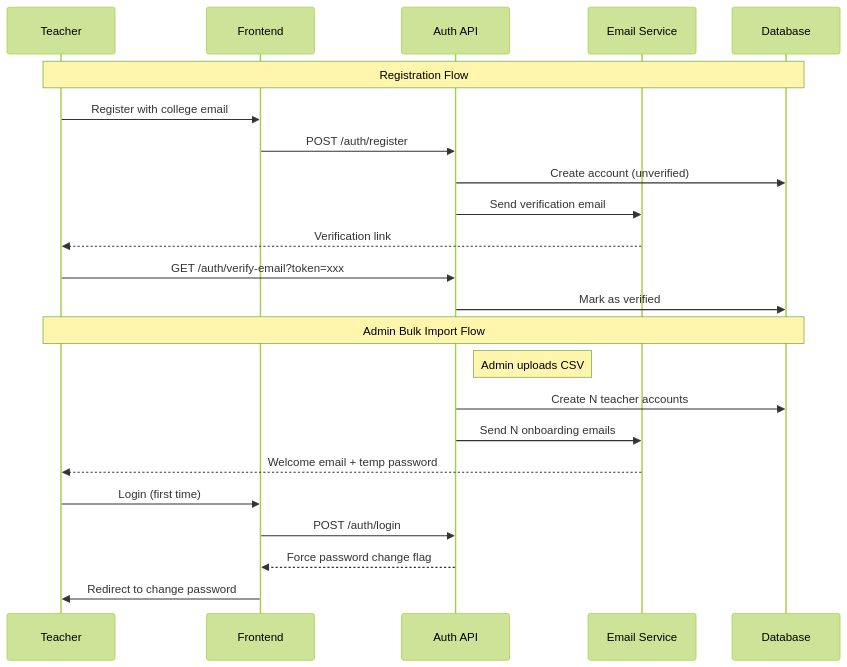
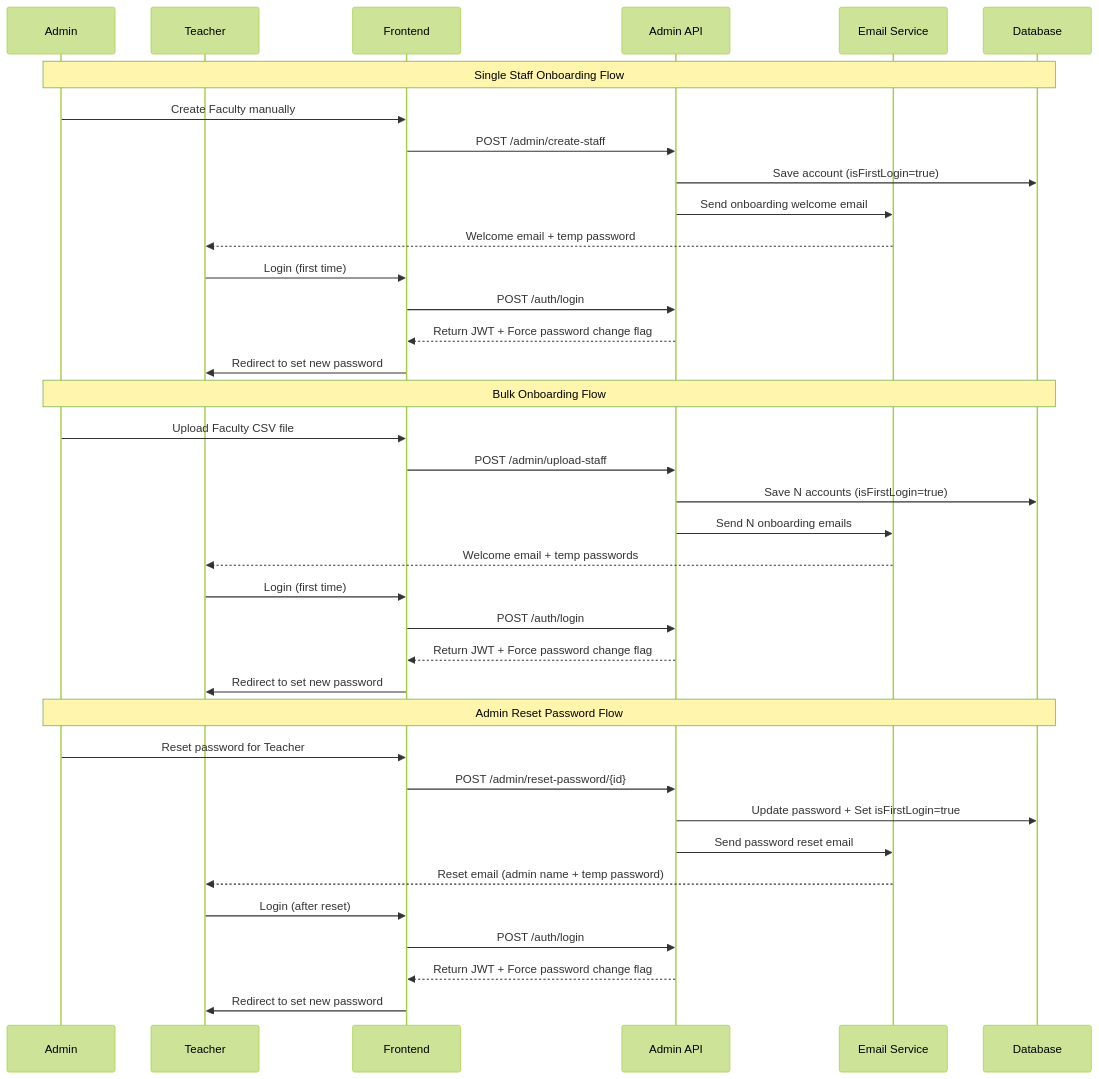
Before and after one commit to abhijeet-rane/SamaySetu: the fifth of 5 diagrams in README.md, drawn with Mermaid (forest theme). The commit also changed other lines of this file and 3 other files, not shown here.

First line of the commit message:
docs: remove self-registration and verify email flows from showcase

````diff
--- a/README.md
+++ b/README.md
@@ -510,27 +510,42 @@
 ```mermaid
 sequenceDiagram
+    participant AD as Admin
     participant T as Teacher
     participant F as Frontend
-    participant A as Auth API
+    participant A as Admin API
     participant E as Email Service
     participant DB as Database
 
-    Note over T,DB: Registration Flow
-    T->>F: Register with college email
-    F->>A: POST /auth/register
-    A->>DB: Create account (unverified)
-    A->>E: Send verification email
-    E-->>T: Verification link
-    T->>A: GET /auth/verify-email?token=xxx
-    A->>DB: Mark as verified
-
-    Note over T,DB: Admin Bulk Import Flow
-    Note right of A: Admin uploads CSV
-    A->>DB: Create N teacher accounts
-    A->>E: Send N onboarding emails
+    Note over AD,DB: Single Staff Onboarding Flow
+    AD->>F: Create Faculty manually
+    F->>A: POST /admin/create-staff
+    A->>DB: Save account (isFirstLogin=true)
+    A->>E: Send onboarding welcome email
     E-->>T: Welcome email + temp password
     T->>F: Login (first time)
     F->>A: POST /auth/login
-    A-->>F: Force password change flag
-    F->>T: Redirect to change password
+    A-->>F: Return JWT + Force password change flag
+    F->>T: Redirect to set new password
+
+    Note over AD,DB: Bulk Onboarding Flow
+    AD->>F: Upload Faculty CSV file
+    F->>A: POST /admin/upload-staff
+    A->>DB: Save N accounts (isFirstLogin=true)
+    A->>E: Send N onboarding emails
+    E-->>T: Welcome email + temp passwords
+    T->>F: Login (first time)
+    F->>A: POST /auth/login
+    A-->>F: Return JWT + Force password change flag
+    F->>T: Redirect to set new password
+
+    Note over AD,DB: Admin Reset Password Flow
+    AD->>F: Reset password for Teacher
+    F->>A: POST /admin/reset-password/{id}
+    A->>DB: Update password + Set isFirstLogin=true
+    A->>E: Send password reset email
+    E-->>T: Reset email (admin name + temp password)
+    T->>F: Login (after reset)
+    F->>A: POST /auth/login
+    A-->>F: Return JWT + Force password change flag
+    F->>T: Redirect to set new password
 ```
````
